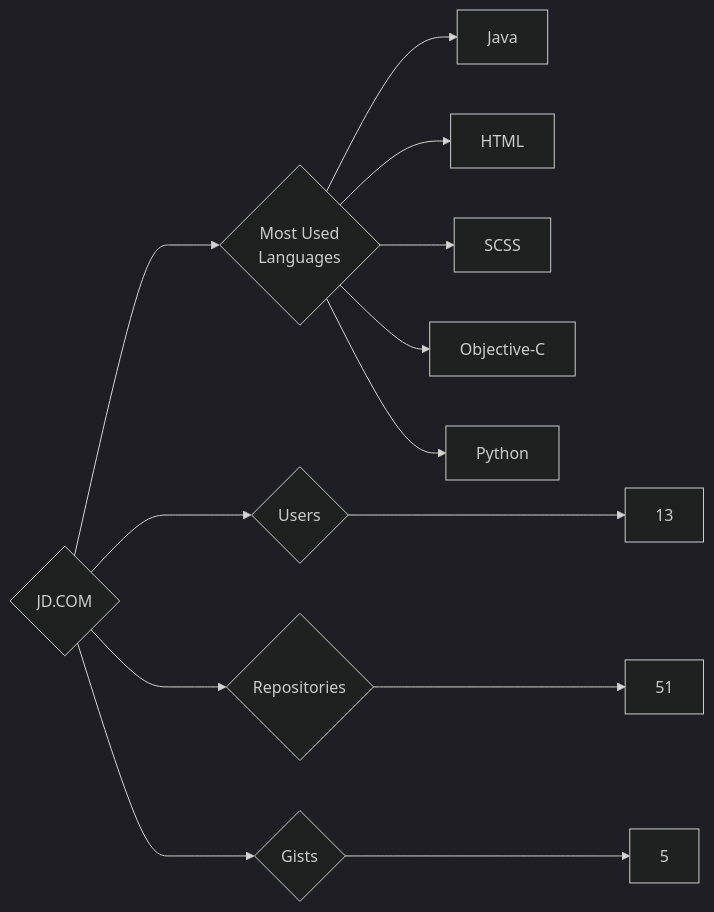
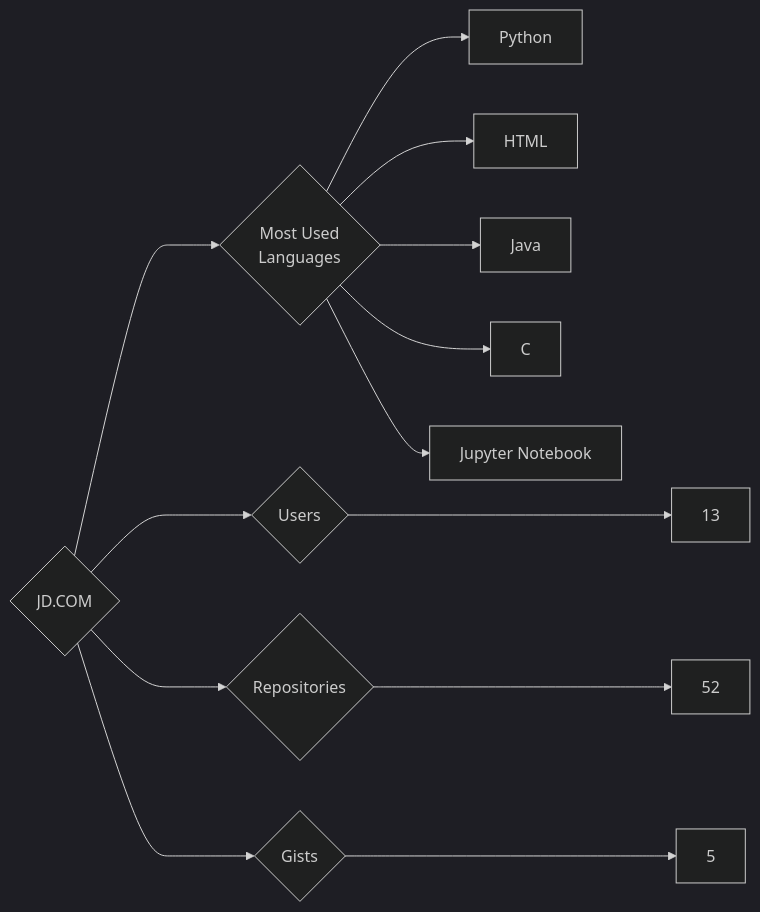
Before and after one commit to trickest/insiders: the diagram in targets/JD.COM/README.md, drawn with Mermaid (dark theme). The commit also changed 682 other files, not shown here.

````diff
--- a/targets/JD.COM/README.md
+++ b/targets/JD.COM/README.md
@@ -3,13 +3,13 @@
 ```mermaid
 graph LR
 COMPANY_NAME{JD.COM}
 COMPANY_NAME ---> U{Users} ---> UN[13]
-COMPANY_NAME ---> R{Repositories} ---> RN[51]
+COMPANY_NAME ---> R{Repositories} ---> RN[52]
 COMPANY_NAME ---> G{Gists} ---> GN[5]
 COMPANY_NAME ---> ML{Most Used<br>Languages}
+ML --> Python[Python]
+ML --> HTML[HTML]
 ML --> Java[Java]
-ML --> HTML[HTML]
-ML --> SCSS[SCSS]
-ML --> Objective-C[Objective-C]
-ML --> Python[Python]
+ML --> C[C]
+ML --> Jupyter_Notebook[Jupyter Notebook]
 ```
````
